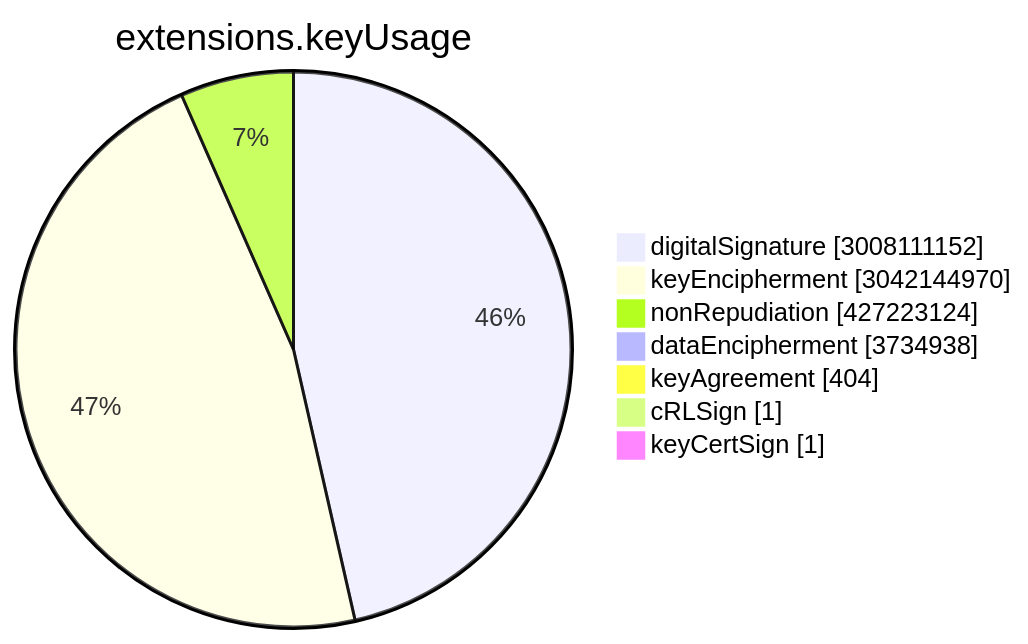
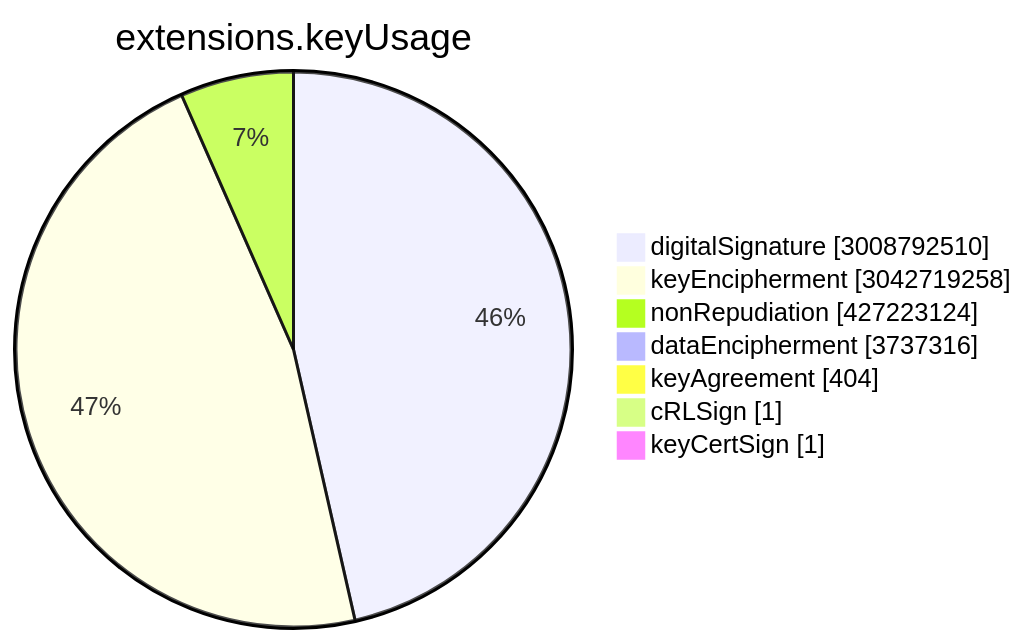
The sixth of 15 diagrams in TOTAL/README.md (christiankrug/ctmonitor_visualization), drawn with Mermaid before and after one commit. The commit also changed other lines of this file, not shown here.

````diff
--- a/TOTAL/README.md
+++ b/TOTAL/README.md
@@ -3076,11 +3076,11 @@
 ```mermaid
 pie showData
 title extensions.keyUsage
-"digitalSignature" :3008111152
-"keyEncipherment" :3042144970
+"digitalSignature" :3008792510
+"keyEncipherment" :3042719258
 "nonRepudiation" :427223124
-"dataEncipherment" :3734938
+"dataEncipherment" :3737316
 "keyAgreement" :404
 "cRLSign" :1
 "keyCertSign" :1
 ```
````
